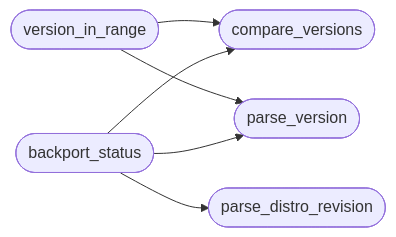
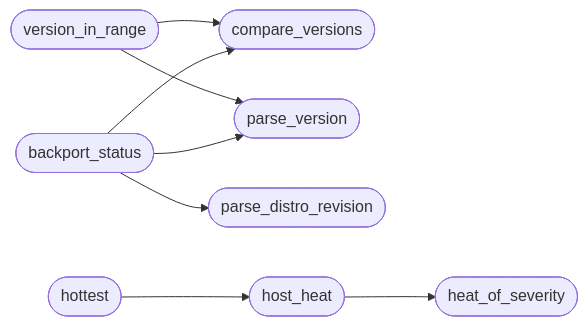
One commit to grisuno/LazyOwn changed the diagram in readmenator-apidocs/modules/modules.lazy_heat.py.md. Above: the diagram before and after it, drawn with Mermaid. The commit also changed other lines of this file and 451 other files, not shown here.

````diff
--- a/readmenator-apidocs/modules/modules.lazy_heat.py.md
+++ b/readmenator-apidocs/modules/modules.lazy_heat.py.md
@@ -35,13 +35,18 @@
 ```mermaid
 flowchart LR
     n_modules_lazy_heat_py__version_in_range(["version_in_range"])
     n_modules_lazy_heat_py__compare_versions(["compare_versions"])
     n_modules_lazy_heat_py__parse_version(["parse_version"])
     n_modules_lazy_heat_py__backport_status(["backport_status"])
     n_modules_lazy_heat_py__parse_distro_revision(["parse_distro_revision"])
+    n_modules_lazy_heat_py__host_heat(["host_heat"])
+    n_modules_lazy_heat_py__heat_of_severity(["heat_of_severity"])
+    n_modules_lazy_heat_py__hottest(["hottest"])
     n_modules_lazy_heat_py__version_in_range --> n_modules_lazy_heat_py__compare_versions
     n_modules_lazy_heat_py__version_in_range --> n_modules_lazy_heat_py__parse_version
     n_modules_lazy_heat_py__backport_status --> n_modules_lazy_heat_py__compare_versions
     n_modules_lazy_heat_py__backport_status --> n_modules_lazy_heat_py__parse_distro_revision
     n_modules_lazy_heat_py__backport_status --> n_modules_lazy_heat_py__parse_version
+    n_modules_lazy_heat_py__host_heat --> n_modules_lazy_heat_py__heat_of_severity
+    n_modules_lazy_heat_py__hottest --> n_modules_lazy_heat_py__host_heat
 ```
````
